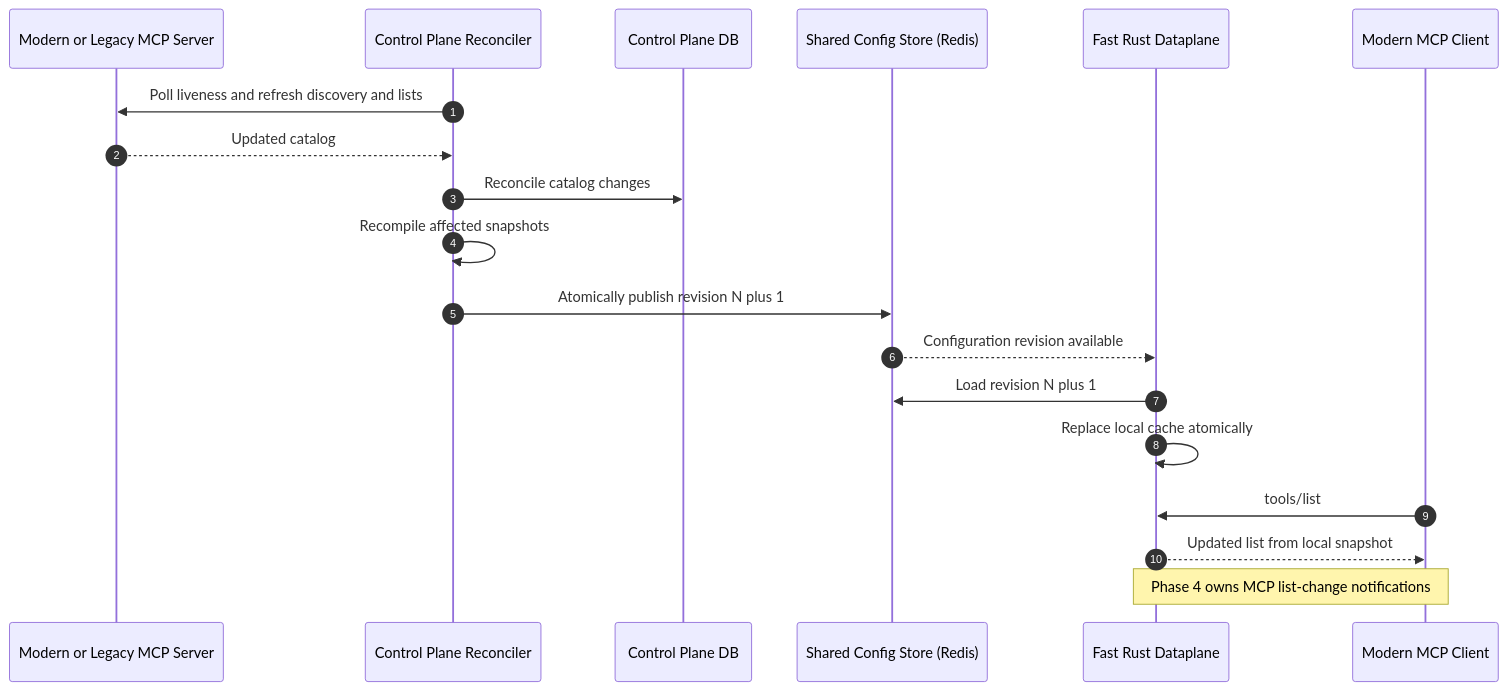
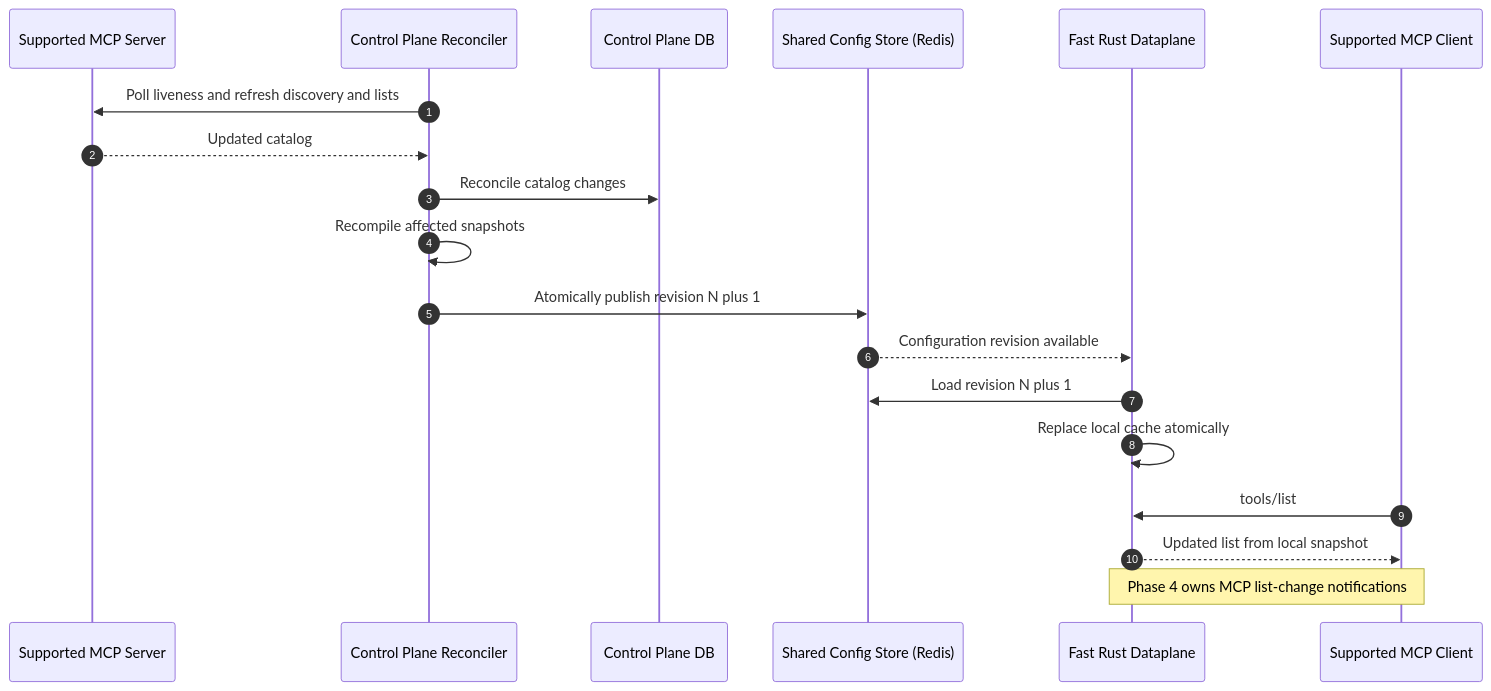
The fifth of 5 diagrams in _context/wiki/mcp-capability-allocation.md (contextforge-gateway-rs/contextforge-gateway-rs), drawn with Mermaid before and after one commit. The commit also changed other lines of this file and 5 other files, not shown here.

````diff
--- a/_context/wiki/mcp-capability-allocation.md
+++ b/_context/wiki/mcp-capability-allocation.md
@@ -312,25 +351,25 @@
 ```mermaid
 sequenceDiagram
     autonumber
-    participant MCP as Modern or Legacy MCP Server
+    participant MCP as Supported MCP Server
     participant CP as Control Plane Reconciler
     participant DB as Control Plane DB
     participant Store as Shared Config Store (Redis)
     participant DP as Fast Rust Dataplane
-    participant Client as Modern MCP Client
+    participant Client as Supported MCP Client
 
     CP->>MCP: Poll liveness and refresh discovery and lists
     MCP-->>CP: Updated catalog
     CP->>DB: Reconcile catalog changes
     CP->>CP: Recompile affected snapshots
     CP->>Store: Atomically publish revision N plus 1
 
     Store-->>DP: Configuration revision available
     DP->>Store: Load revision N plus 1
     DP->>DP: Replace local cache atomically
 
     Client->>DP: tools/list
     DP-->>Client: Updated list from local snapshot
 
     Note over DP,Client: Phase 4 owns MCP list-change notifications
 ```
````
